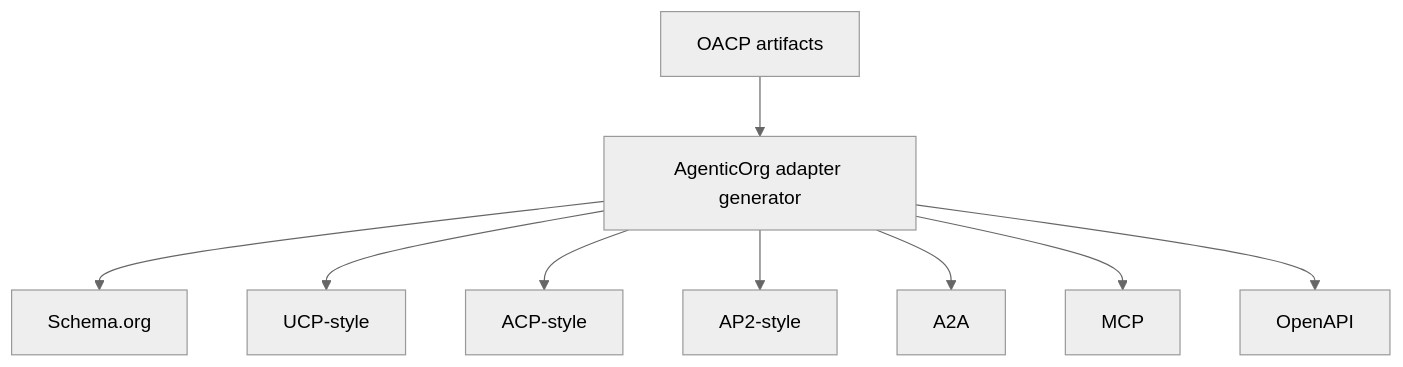
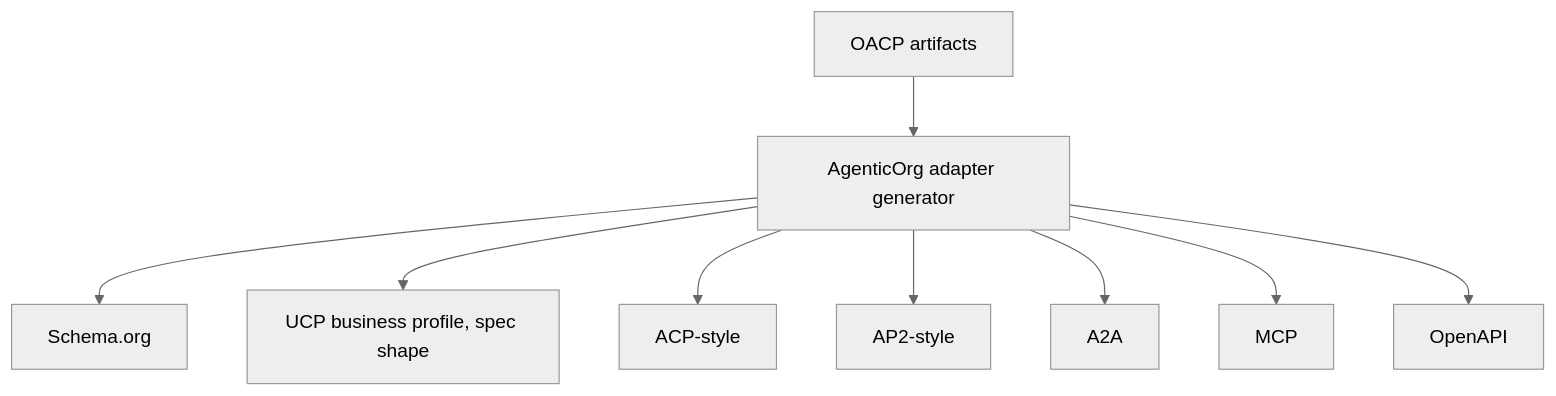
One commit to mishrasanjeev/agentic-org changed the diagram in docs/blog/how-oacp-maps-to-schemaorg-ucp-acp-ap2-a2a-mcp.md. Above: the diagram before and after it, drawn with Mermaid (neutral theme). The commit also changed other lines of this file and 18 other files, not shown here.

````diff
--- a/docs/blog/how-oacp-maps-to-schemaorg-ucp-acp-ap2-a2a-mcp.md
+++ b/docs/blog/how-oacp-maps-to-schemaorg-ucp-acp-ap2-a2a-mcp.md
@@ -13,11 +24,11 @@
 ```mermaid
 flowchart TD
   oacp[OACP artifacts] --> adapter[AgenticOrg adapter generator]
   adapter --> schema[Schema.org]
-  adapter --> ucp[UCP-style]
+  adapter --> ucp[UCP business profile, spec shape]
   adapter --> acp[ACP-style]
   adapter --> ap2[AP2-style]
   adapter --> a2a[A2A]
   adapter --> mcp[MCP]
   adapter --> openapi[OpenAPI]
 ```
````
